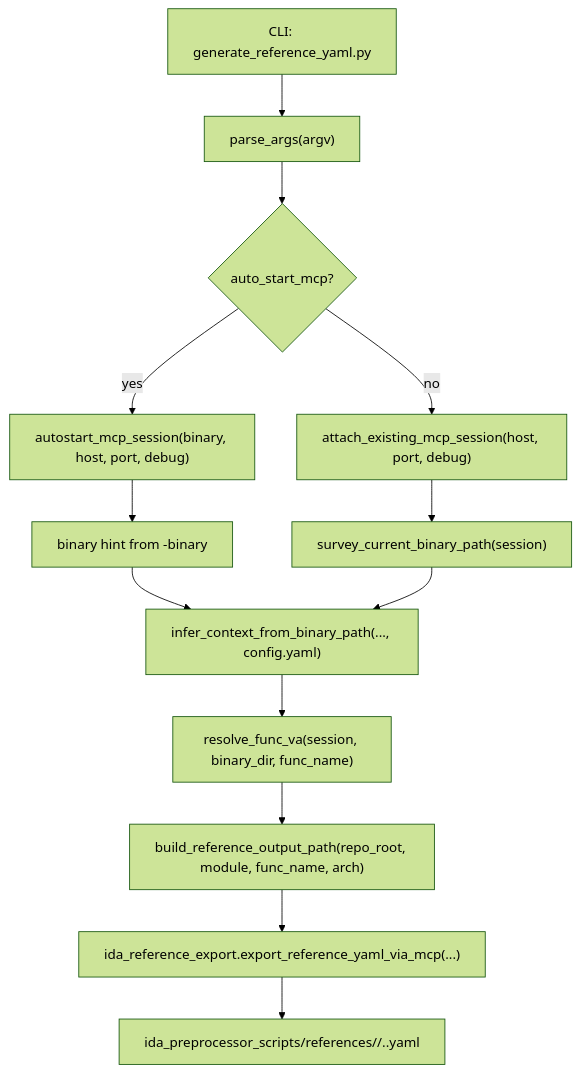
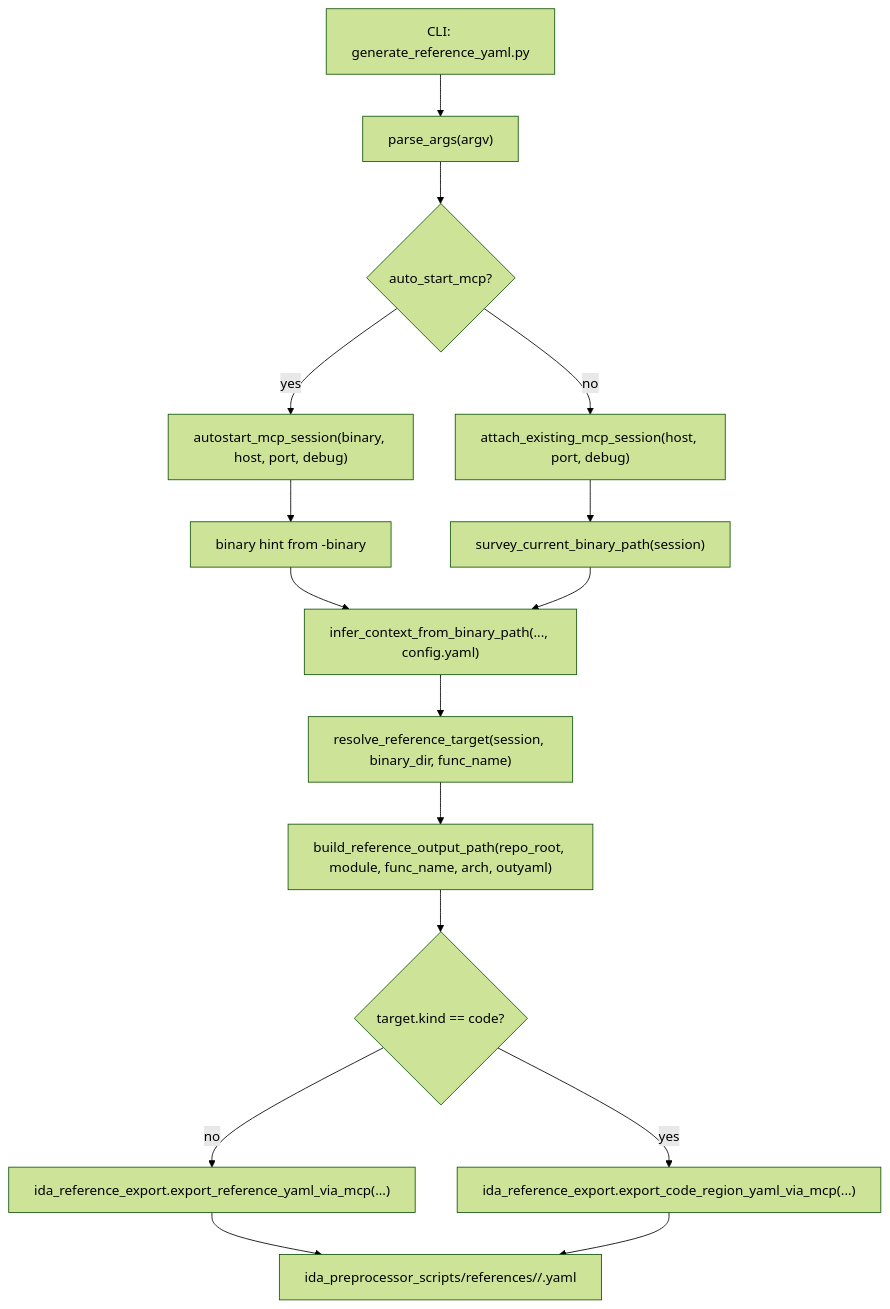
One commit to HLND2T/kphtools changed the diagram in .serena/memories/generate_reference_yaml.md. Above: the diagram before and after it, drawn with Mermaid (forest theme). The commit also changed other lines of this file and 14 other files, not shown here.

````diff
--- a/.serena/memories/generate_reference_yaml.md
+++ b/.serena/memories/generate_reference_yaml.md
@@ -25,27 +26,32 @@
 ```mermaid
 flowchart TD
     A["CLI: generate_reference_yaml.py"]
     B["parse_args(argv)"]
     C{"auto_start_mcp?"}
     D["autostart_mcp_session(binary, host, port, debug)"]
     E["attach_existing_mcp_session(host, port, debug)"]
     F["binary hint from -binary"]
     G["survey_current_binary_path(session)"]
     H["infer_context_from_binary_path(..., config.yaml)"]
-    I["resolve_func_va(session, binary_dir, func_name)"]
-    J["build_reference_output_path(repo_root, module, func_name, arch)"]
-    K["ida_reference_export.export_reference_yaml_via_mcp(...)"]
-    L["ida_preprocessor_scripts/references/<module>/<func_name>.<arch>.yaml"]
+    I["resolve_reference_target(session, binary_dir, func_name)"]
+    J["build_reference_output_path(repo_root, module, func_name, arch, outyaml)"]
+    K{"target.kind == code?"}
+    L["ida_reference_export.export_reference_yaml_via_mcp(...)"]
+    M["ida_reference_export.export_code_region_yaml_via_mcp(...)"]
+    N["ida_preprocessor_scripts/references/<module>/<name>.yaml"]
     A --> B
     B --> C
     C -->|"yes"| D
     C -->|"no"| E
     D --> F
     E --> G
     F --> H
     G --> H
     H --> I
     I --> J
     J --> K
-    K --> L
+    K -->|"no"| L
+    K -->|"yes"| M
+    L --> N
+    M --> N
 ```
````
